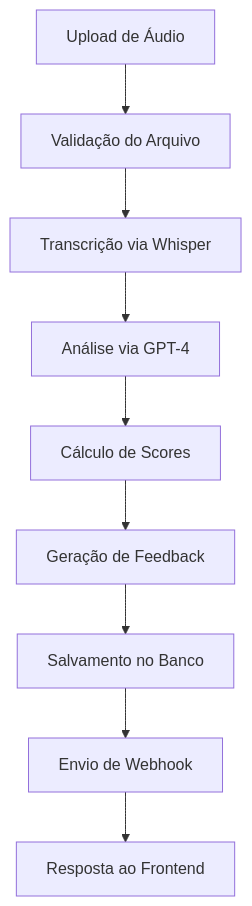
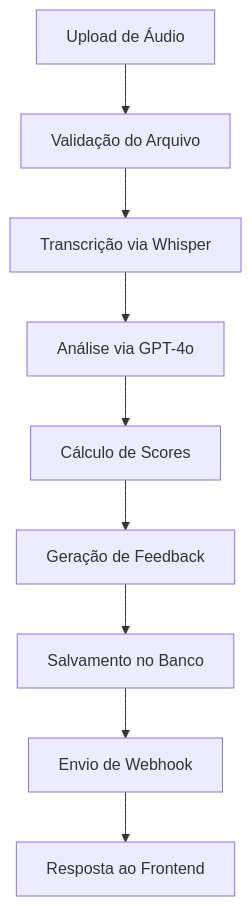
Before and after one commit to galoux537/niah-v5: the first of 2 diagrams in README.md, drawn with Mermaid. The commit also changed other lines of this file and 6 other files, not shown here.

````diff
--- a/README.md
+++ b/README.md
@@ -242,11 +242,11 @@
 ```mermaid
 graph TD
     A[Upload de Áudio] --> B[Validação do Arquivo]
     B --> C[Transcrição via Whisper]
-    C --> D[Análise via GPT-4]
+    C --> D[Análise via GPT-4o]
     D --> E[Cálculo de Scores]
     E --> F[Geração de Feedback]
     F --> G[Salvamento no Banco]
     G --> H[Envio de Webhook]
     H --> I[Resposta ao Frontend]
 ```
````
